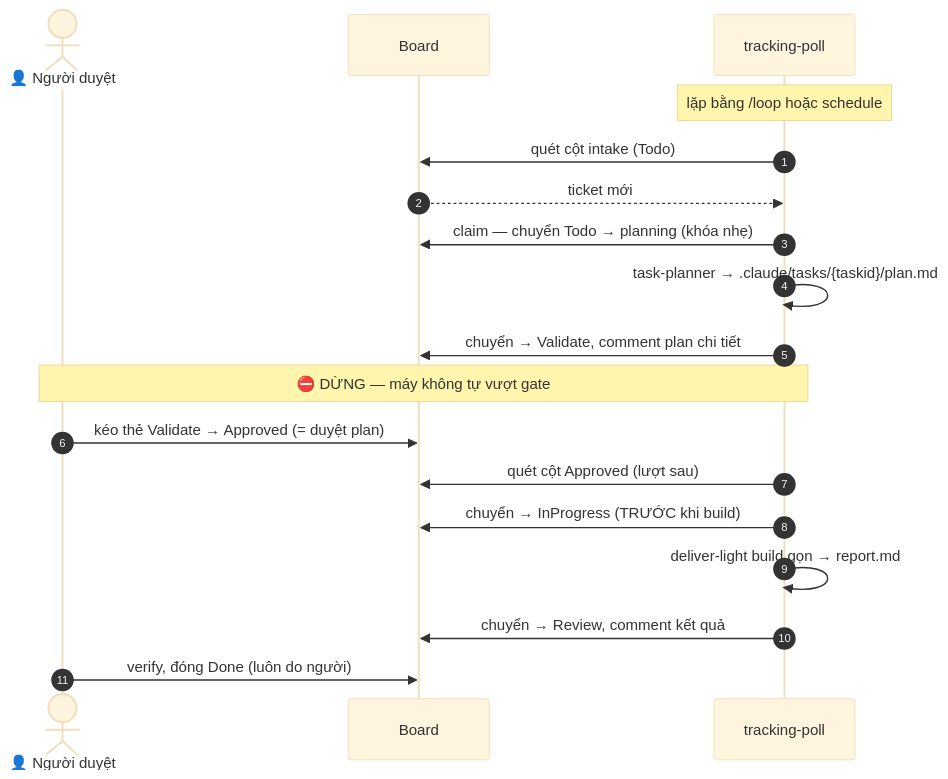
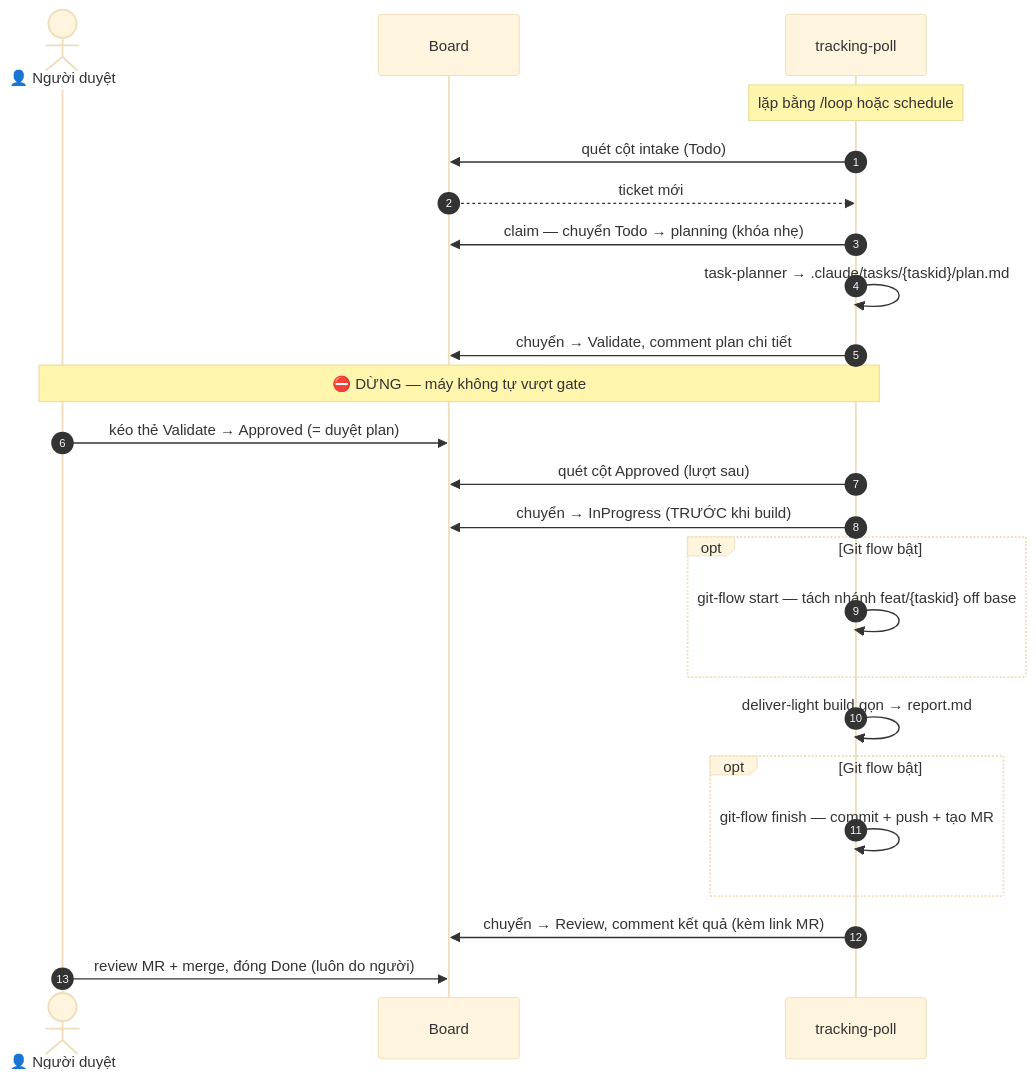
One commit to minhhv08/msdlc changed the fifth of 5 diagrams in README.md. Above: the diagram before and after it, drawn with Mermaid (base theme). The commit also changed other lines of this file and 8 other files, not shown here.

First line of the commit message:
feat: git flow cho tracking-poll — nhánh/task + MR + comment ticket (0.6.0)

````diff
--- a/README.md
+++ b/README.md
@@ -257,21 +258,27 @@
 ```mermaid
 sequenceDiagram
     autonumber
     actor H as 👤 Người duyệt
     participant B as Board
     participant P as tracking-poll
 
     Note over P: lặp bằng /loop hoặc schedule
     P->>B: quét cột intake (Todo)
     B-->>P: ticket mới
     P->>B: claim — chuyển Todo → planning (khóa nhẹ)
     P->>P: task-planner → .claude/tasks/{taskid}/plan.md
     P->>B: chuyển → Validate, comment plan chi tiết
     Note over H,P: ⛔ DỪNG — máy không tự vượt gate
     H->>B: kéo thẻ Validate → Approved (= duyệt plan)
     P->>B: quét cột Approved (lượt sau)
     P->>B: chuyển → InProgress (TRƯỚC khi build)
+    opt Git flow bật
+        P->>P: git-flow start — tách nhánh feat/{taskid} off base
+    end
     P->>P: deliver-light build gọn → report.md
-    P->>B: chuyển → Review, comment kết quả
-    H->>B: verify, đóng Done (luôn do người)
+    opt Git flow bật
+        P->>P: git-flow finish — commit + push + tạo MR
+    end
+    P->>B: chuyển → Review, comment kết quả (kèm link MR)
+    H->>B: review MR + merge, đóng Done (luôn do người)
 ```
````
